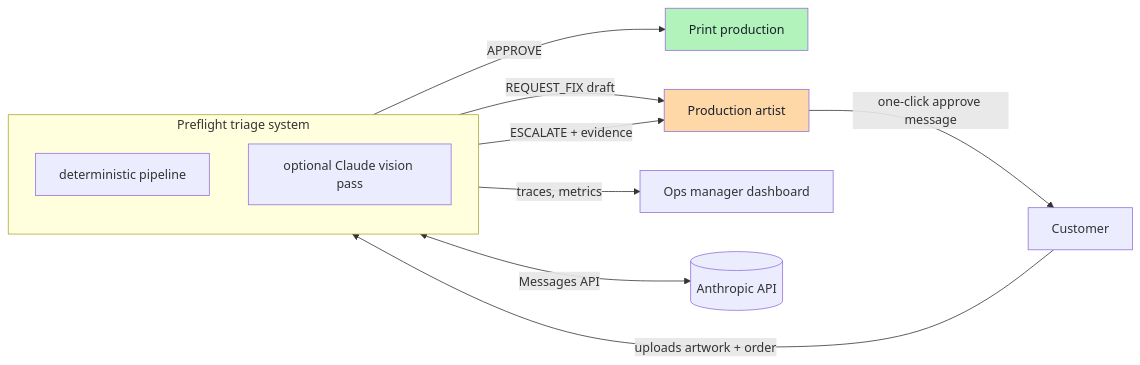
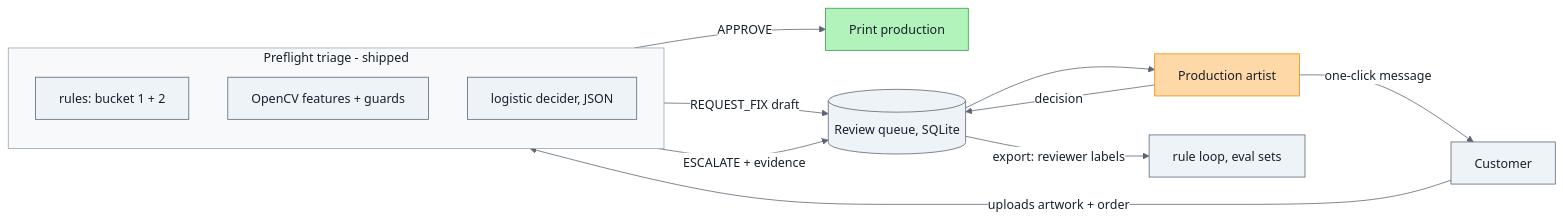
One commit to ashvolt/agents changed the fourth of 14 diagrams in capstone/docs/learn.md. Above: the diagram before and after it, drawn with Mermaid. The commit also changed other lines of this file, not shown here.

First line of the commit message:
docs(learn): cover the project to 2026-09-26; diagrams readable in any theme

````diff
--- a/capstone/docs/learn.md
+++ b/capstone/docs/learn.md
@@ -277,18 +334,21 @@
 ```mermaid
-%%{init: {"theme": "default"}}%%
+%%{init: {"theme":"base","themeVariables":{"background":"#ffffff","fontFamily":"Arial, Helvetica, sans-serif","primaryColor":"#eef3f8","primaryTextColor":"#17202b","primaryBorderColor":"#5a6573","secondaryColor":"#f5f7fa","secondaryTextColor":"#17202b","tertiaryColor":"#ffffff","tertiaryTextColor":"#17202b","lineColor":"#5a6573","textColor":"#17202b","titleColor":"#17202b","nodeTextColor":"#17202b","edgeLabelBackground":"#ffffff","clusterBkg":"#f7f9fb","clusterBorder":"#9aa5b1","cScale0":"#dbeafe","cScaleLabel0":"#17202b","cScalePeer0":"#5a6573","cScale1":"#dcfce7","cScaleLabel1":"#17202b","cScalePeer1":"#5a6573","cScale2":"#fef3c7","cScaleLabel2":"#17202b","cScalePeer2":"#5a6573","cScale3":"#fce7f3","cScaleLabel3":"#17202b","cScalePeer3":"#5a6573","cScale4":"#e0e7ff","cScaleLabel4":"#17202b","cScalePeer4":"#5a6573","cScale5":"#ccfbf1","cScaleLabel5":"#17202b","cScalePeer5":"#5a6573","cScale6":"#ffedd5","cScaleLabel6":"#17202b","cScalePeer6":"#5a6573","cScale7":"#f1f5f9","cScaleLabel7":"#17202b","cScalePeer7":"#5a6573"}}}%%
 flowchart LR
-    Cust[Customer] -->|uploads artwork + order| Sys
-    subgraph Sys[Preflight triage system]
+    classDef default fill:#eef3f8,stroke:#5a6573,color:#17202b
+    Cust[Customer] -->|"uploads artwork + order"| Sys
+    subgraph Sys["Preflight triage - shipped"]
       direction TB
-      P[deterministic pipeline]
-      V[optional Claude vision pass]
+      R["rules: bucket 1 + 2"]
+      F["OpenCV features + guards"]
+      L["logistic decider, JSON"]
     end
     Sys -->|APPROVE| Press[Print production]
-    Sys -->|REQUEST_FIX draft| Artist[Production artist]
-    Sys -->|ESCALATE + evidence| Artist
-    Artist -->|one-click approve message| Cust
-    Sys -->|traces, metrics| Ops[Ops manager dashboard]
-    V <-->|Messages API| API[(Anthropic API)]
-    style Press fill:#b2f2bb,color:#17202B
-    style Artist fill:#ffd8a8,color:#17202B
+    Sys -->|"REQUEST_FIX draft"| Q[("Review queue, SQLite")]
+    Sys -->|"ESCALATE + evidence"| Q
+    Q --> Artist[Production artist]
+    Artist -->|"decision"| Q
+    Q -->|"export: reviewer labels"| Loop["rule loop, eval sets"]
+    Artist -->|"one-click message"| Cust
+    style Press fill:#b2f2bb,stroke:#2f9e44,color:#17202b
+    style Artist fill:#ffd8a8,stroke:#f08c00,color:#17202b
 ```
````
